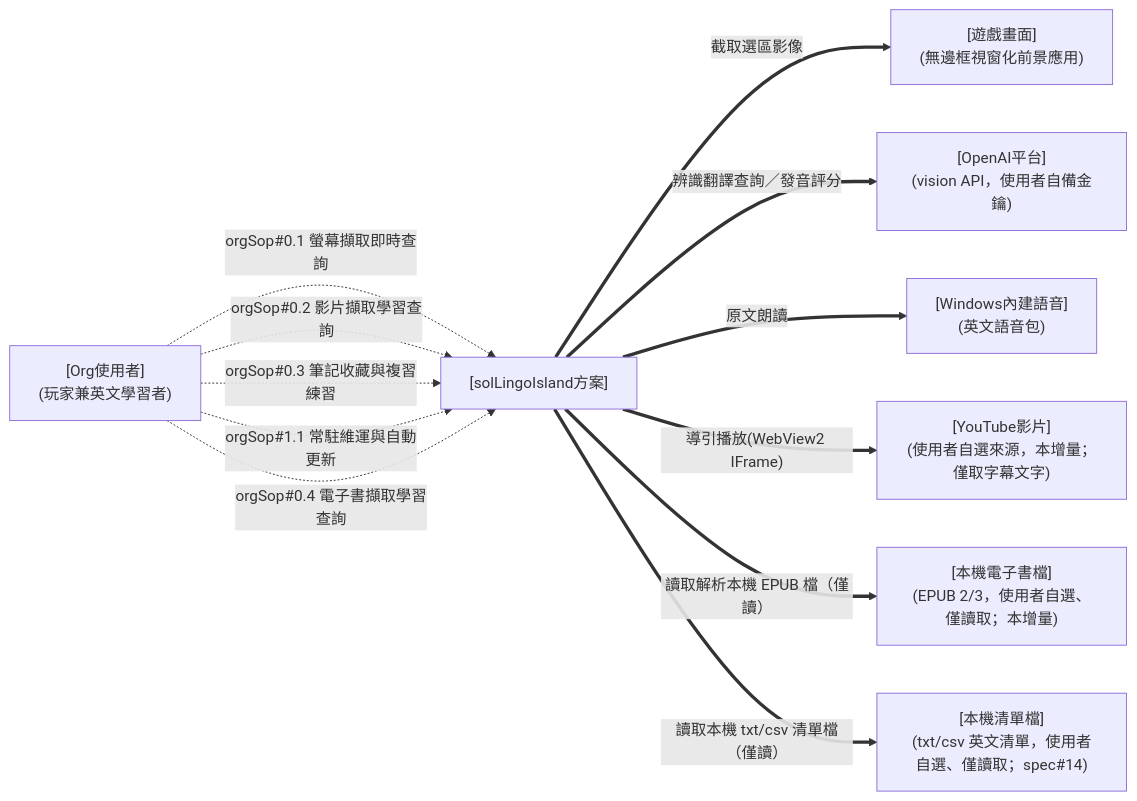
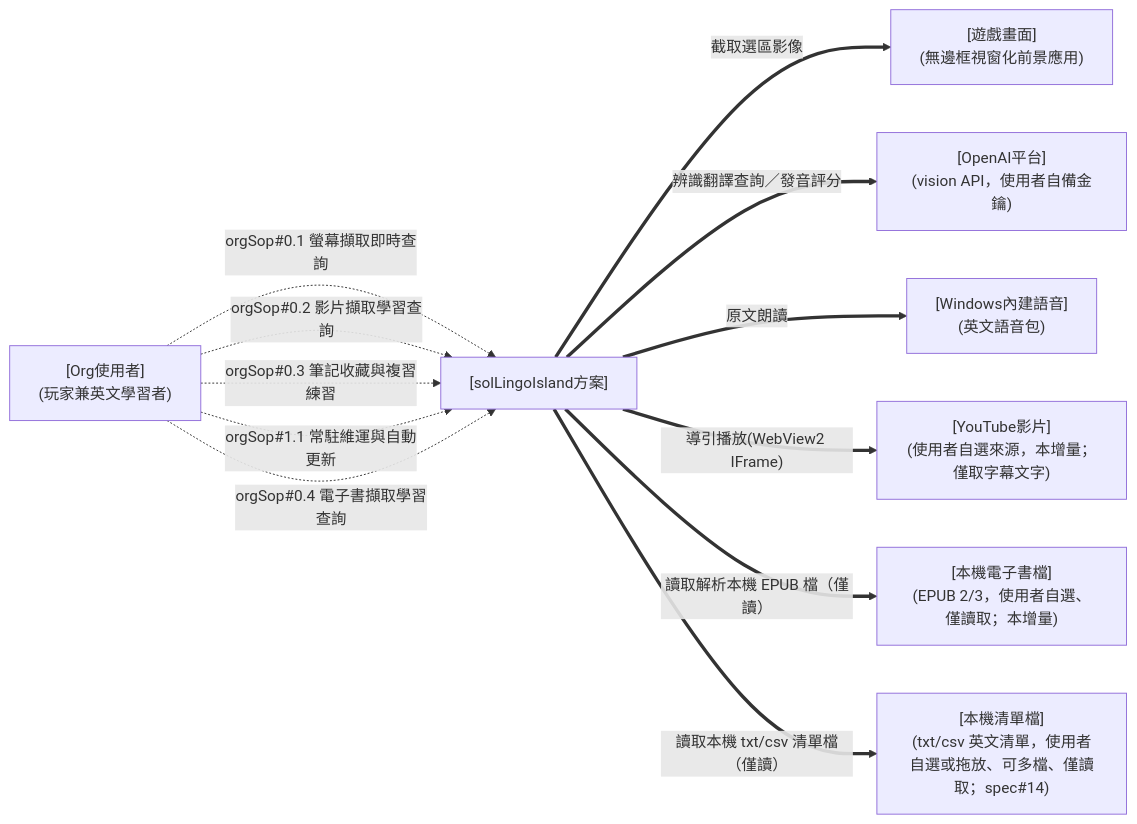
Before and after one commit to twMoonBear-Laboratory/solLingoIsland: the first of 6 diagrams in docs/design.md, drawn with Mermaid. The commit also changed other lines of this file and 12 other files, not shown here.

````diff
--- a/docs/design.md
+++ b/docs/design.md
@@ -36,24 +37,24 @@
 ```mermaid
 flowchart LR
 
 USR["[Org使用者]<br/>(玩家兼英文學習者)"]
 GAME["[遊戲畫面]<br/>(無邊框視窗化前景應用)"]
 SOL["[solLingoIsland方案]"]
 OPENAI["[OpenAI平台]<br/>(vision API，使用者自備金鑰)"]
 SPEECH["[Windows內建語音]<br/>(英文語音包)"]
 YT["[YouTube影片]<br/>(使用者自選來源，本增量；僅取字幕文字)"]
 EBOOK["[本機電子書檔]<br/>(EPUB 2/3，使用者自選、僅讀取；本增量)"]
-LIST["[本機清單檔]<br/>(txt/csv 英文清單，使用者自選、僅讀取；spec#14)"]
+LIST["[本機清單檔]<br/>(txt/csv 英文清單，使用者自選或拖放、可多檔、僅讀取；spec#14)"]
 
 USR -.->|"orgSop#0.1 螢幕擷取即時查詢"| SOL
 USR -.->|"orgSop#0.2 影片擷取學習查詢"| SOL
 USR -.->|"orgSop#0.3 筆記收藏與複習練習"| SOL
 USR -.->|"orgSop#1.1 常駐維運與自動更新"| SOL
 USR -.->|"orgSop#0.4 電子書擷取學習查詢"| SOL
 SOL ==>|"截取選區影像"| GAME
 SOL ==>|"辨識翻譯查詢／發音評分"| OPENAI
 SOL ==>|"原文朗讀"| SPEECH
 SOL ==>|"導引播放(WebView2 IFrame)"| YT
 SOL ==>|"讀取解析本機 EPUB 檔（僅讀）"| EBOOK
 SOL ==>|"讀取本機 txt/csv 清單檔（僅讀）"| LIST
 ```
````
